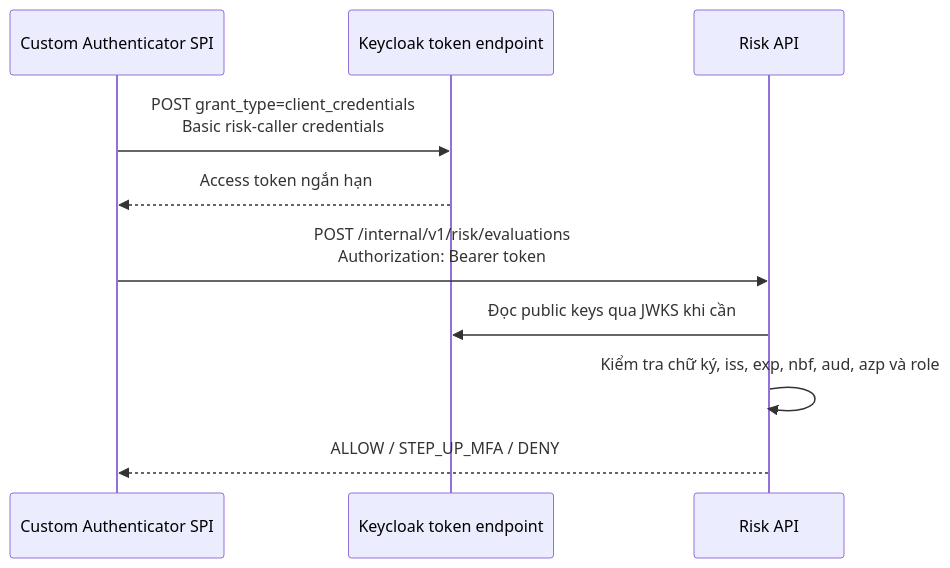
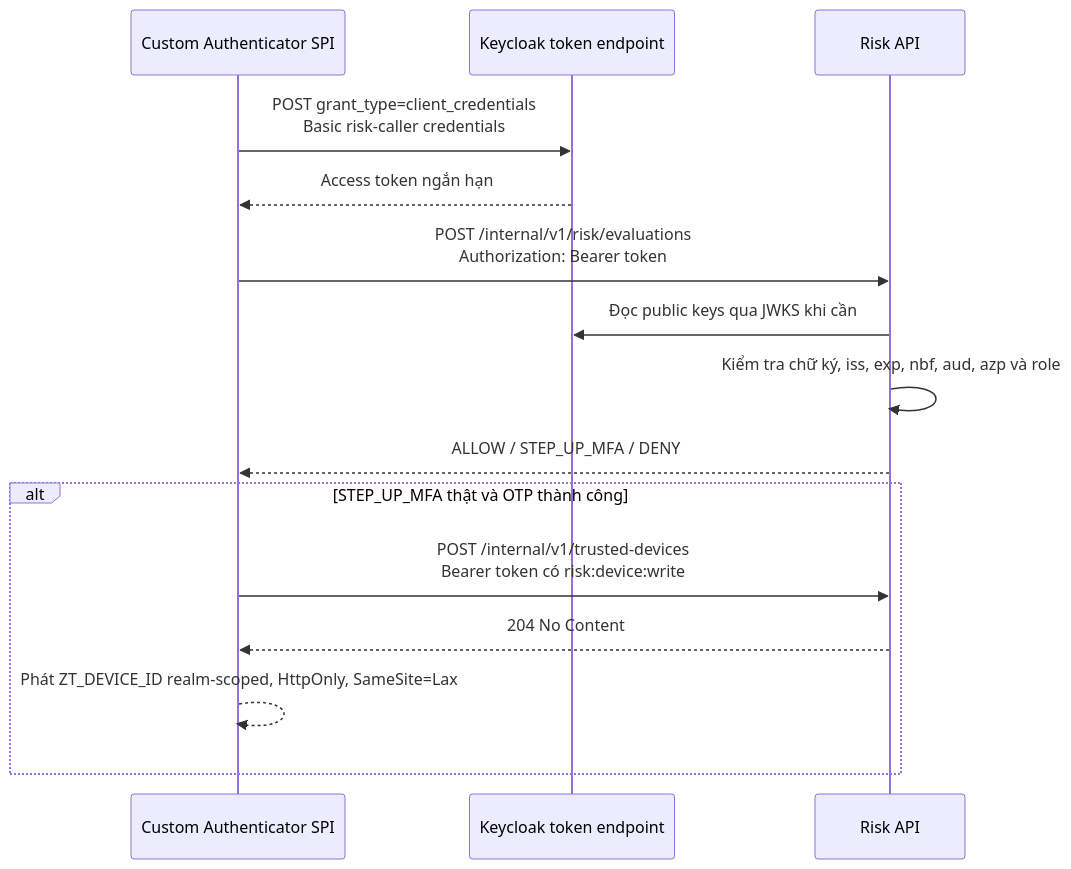
Before and after one commit to NguyenTruong-An/zerotrust: the diagram in RISK_API_SECURITY.md, drawn with Mermaid. The commit also changed other lines of this file and 91 other files, not shown here.

````diff
--- a/RISK_API_SECURITY.md
+++ b/RISK_API_SECURITY.md
@@ -51,13 +61,18 @@
 ```mermaid
 sequenceDiagram
     participant SPI as Custom Authenticator SPI
     participant KC as Keycloak token endpoint
     participant RS as Risk API
 
     SPI->>KC: POST grant_type=client_credentials<br/>Basic risk-caller credentials
     KC-->>SPI: Access token ngắn hạn
     SPI->>RS: POST /internal/v1/risk/evaluations<br/>Authorization: Bearer token
     RS->>KC: Đọc public keys qua JWKS khi cần
     RS->>RS: Kiểm tra chữ ký, iss, exp, nbf, aud, azp và role
     RS-->>SPI: ALLOW / STEP_UP_MFA / DENY
+    alt STEP_UP_MFA thật và OTP thành công
+        SPI->>RS: POST /internal/v1/trusted-devices<br/>Bearer token có risk:device:write
+        RS-->>SPI: 204 No Content
+        SPI-->>SPI: Phát ZT_DEVICE_ID realm-scoped, HttpOnly, SameSite=Lax
+    end
 ```
````
